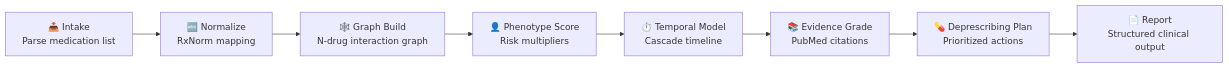
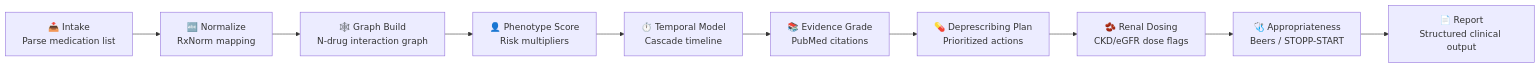
Before and after one commit to wiqilee/ARIA: the second of 5 diagrams in README.md, drawn with Mermaid. The commit also changed other lines of this file and 14 other files, not shown here.

First line of the commit message:
feat(clinical): add renal dosing (B) + geriatric appropriateness (C) tools

````diff
--- a/README.md
+++ b/README.md
@@ -244,11 +265,13 @@
 ```mermaid
 flowchart LR
     A["📥 Intake\nParse medication list"] -->
     B["🔤 Normalize\nRxNorm mapping"] -->
     C["🕸️ Graph Build\nN-drug interaction graph"] -->
     D["👤 Phenotype Score\nRisk multipliers"] -->
     E["⏱️ Temporal Model\nCascade timeline"] -->
     F["📚 Evidence Grade\nPubMed citations"] -->
     G["💊 Deprescribing Plan\nPrioritized actions"] -->
+    R["🫘 Renal Dosing\nCKD/eGFR dose flags"] -->
+    S["🩺 Appropriateness\nBeers / STOPP-START"] -->
     H["📄 Report\nStructured clinical output"]
 ```
````
